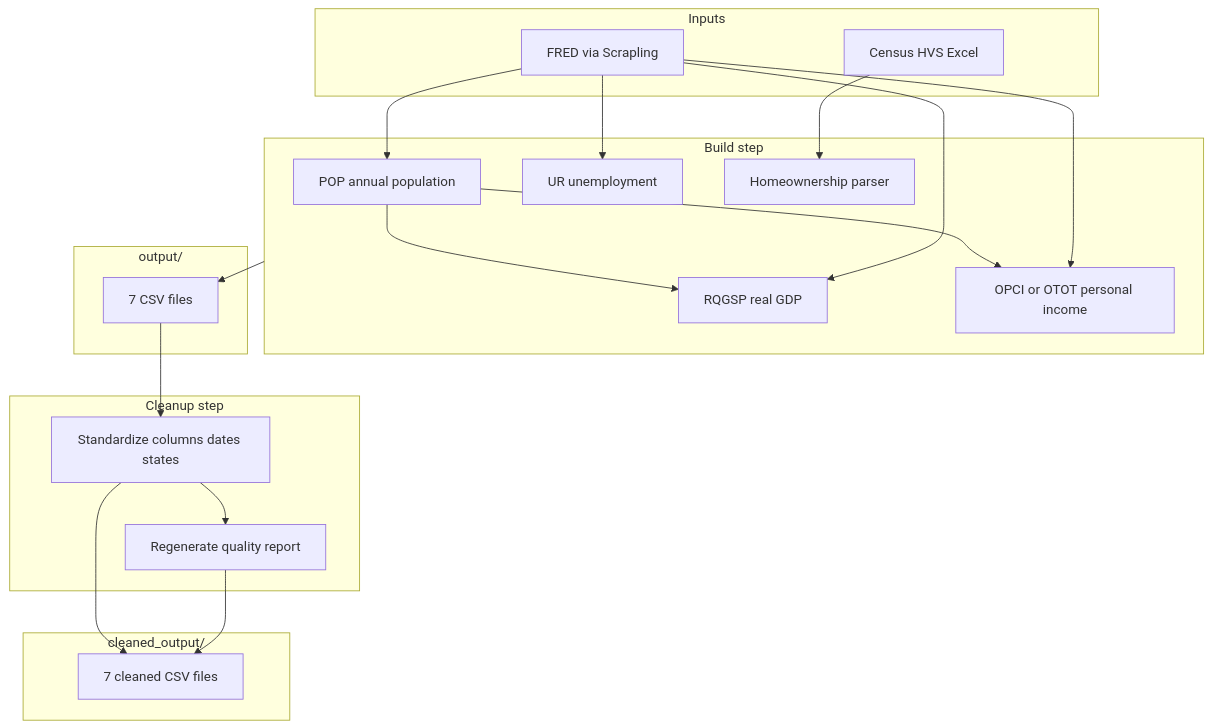
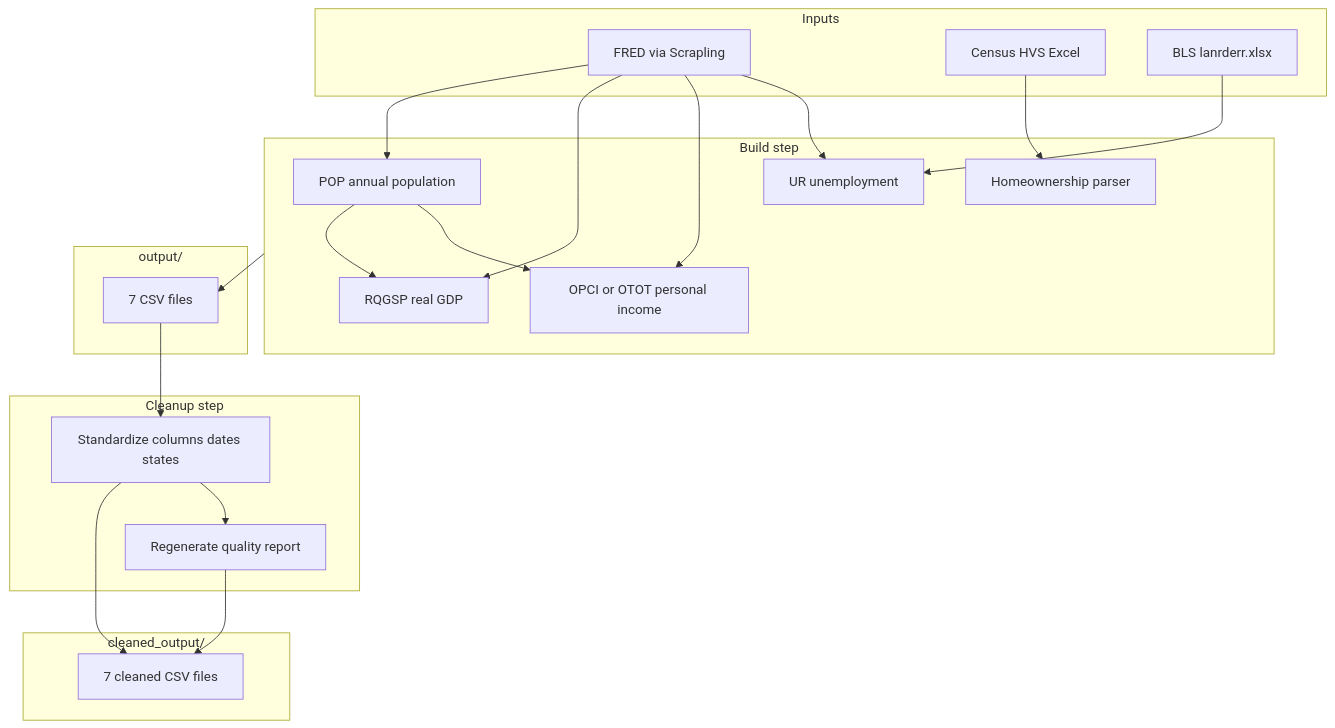
The diagram in README.md (SamsonBui/state-macroeconomic-panel), drawn with Mermaid before and after one commit. The commit also changed other lines of this file and 7 other files, not shown here.

````diff
--- a/README.md
+++ b/README.md
@@ -74,41 +74,43 @@
 ```mermaid
 flowchart TD
     subgraph inputs [Inputs]
         FRED[FRED via Scrapling]
         XLSX[Census HVS Excel]
+        BLS[BLS lanrderr.xlsx]
     end
 
     subgraph build [Build step]
         POP[POP annual population]
         GDP[RQGSP real GDP]
         PI[OPCI or OTOT personal income]
         UR[UR unemployment]
         HMR[Homeownership parser]
         POP --> GDP
         POP --> PI
         FRED --> POP
         FRED --> GDP
         FRED --> PI
         FRED --> UR
+        BLS --> UR
         XLSX --> HMR
     end
 
     subgraph output [output/]
         RAW[7 CSV files]
     end
 
     subgraph clean [Cleanup step]
         STD[Standardize columns dates states]
         QA[Regenerate quality report]
     end
 
     subgraph cleaned [cleaned_output/]
         FINAL[7 cleaned CSV files]
     end
 
     build --> RAW
     RAW --> STD
     STD --> FINAL
     STD --> QA
     QA --> FINAL
 ```
````
